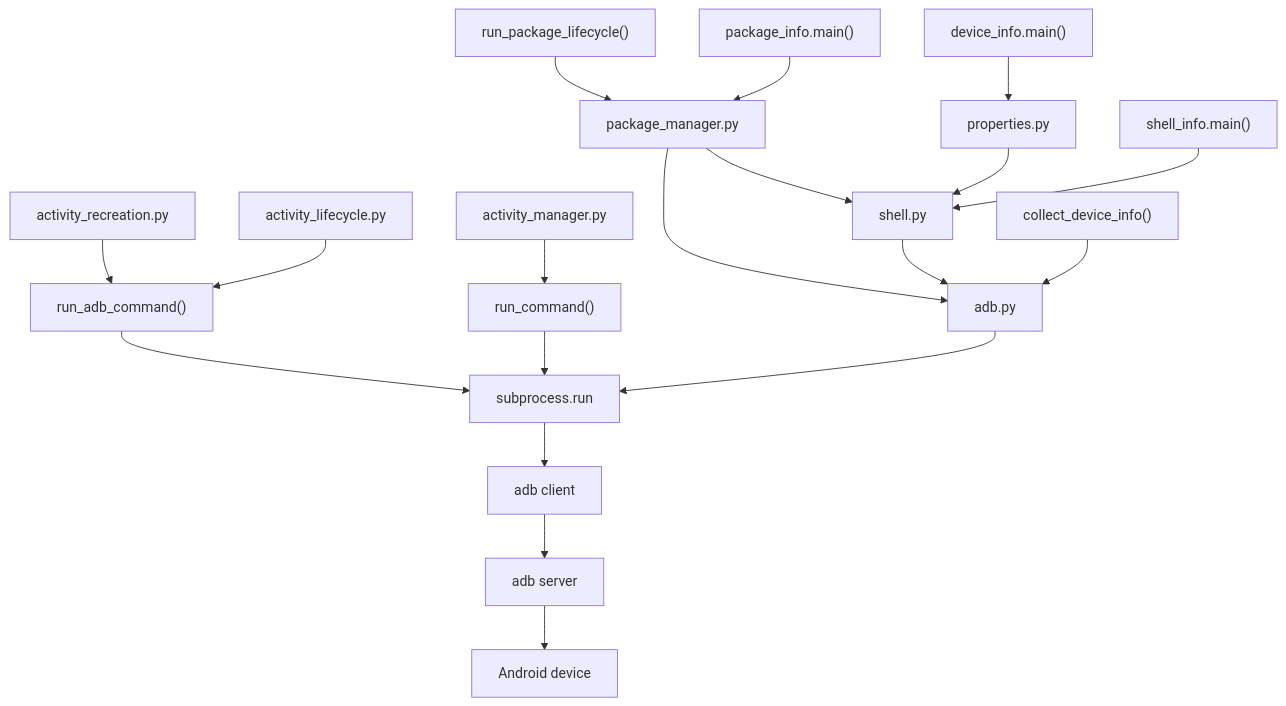
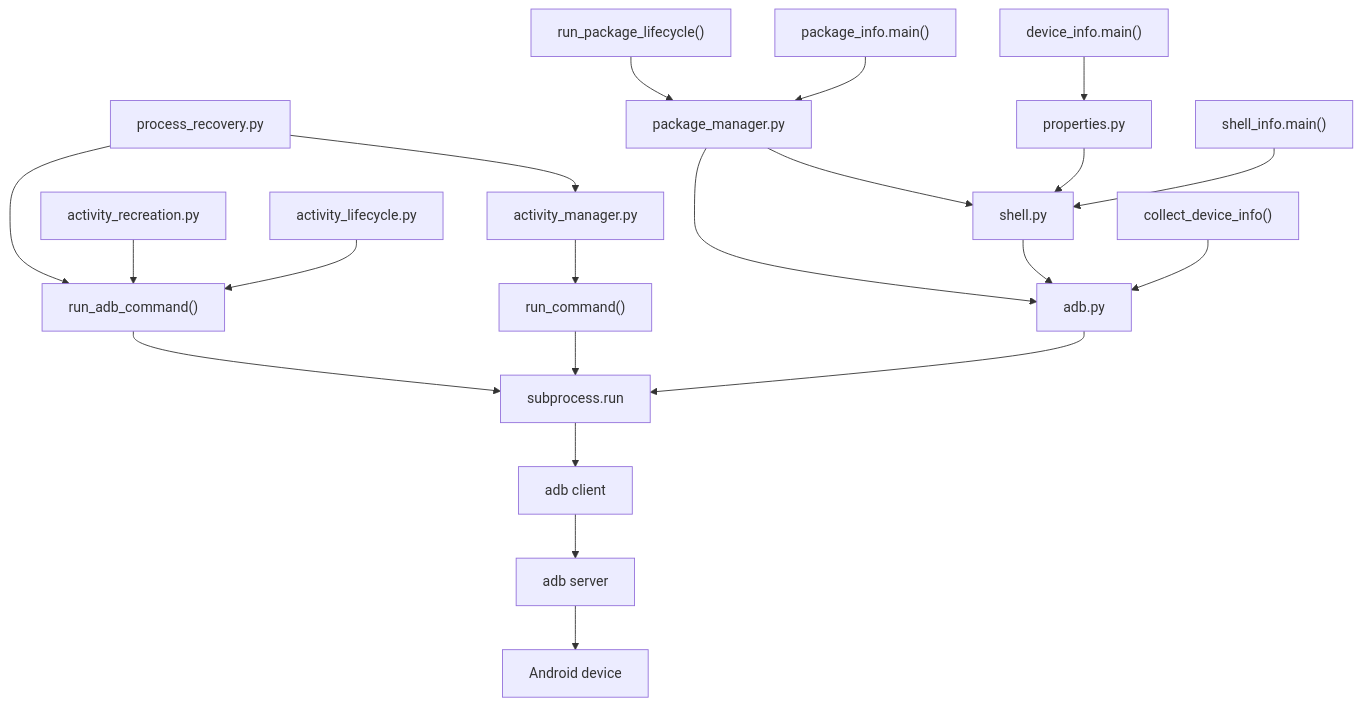
Before and after one commit to andrew771027/android-cookbook: the diagram in docs/architecture.md, drawn with Mermaid. The commit also changed other lines of this file and 16 other files, not shown here.

````diff
--- a/docs/architecture.md
+++ b/docs/architecture.md
@@ -9,21 +9,23 @@
 ```mermaid
 flowchart TD
+    ProcessRecovery["process_recovery.py"] --> LifecycleCommand
+    ProcessRecovery --> ActivityManager
     ActivityRecreation["activity_recreation.py"] --> LifecycleCommand
     ActivityLifecycle["activity_lifecycle.py"] --> LifecycleCommand["run_adb_command()"]
     LifecycleCommand --> Subprocess
     ActivityManager["activity_manager.py"] --> RunCommand["run_command()"]
     RunCommand --> Subprocess
     DeviceInfo["device_info.main()"] --> Properties["properties.py"]
     PackageLifecycle["run_package_lifecycle()"] --> PackageManager
     PackageInfo["package_info.main()"] --> PackageManager["package_manager.py"]
     PackageManager --> Shell
     PackageManager --> Adb
     Properties --> Shell["shell.py"]
     ShellInfo["shell_info.main()"] --> Shell
     Shell --> Adb["adb.py"]
     CollectDeviceInfo["collect_device_info()"] --> Adb
     Adb --> Subprocess["subprocess.run"]
     Subprocess --> Client["adb client"]
     Client --> Server["adb server"]
     Server --> Device["Android device"]
 ```
````
